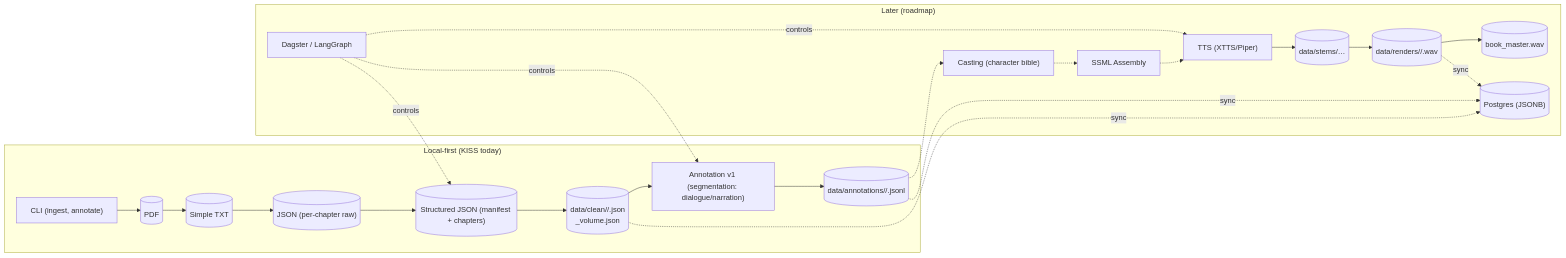
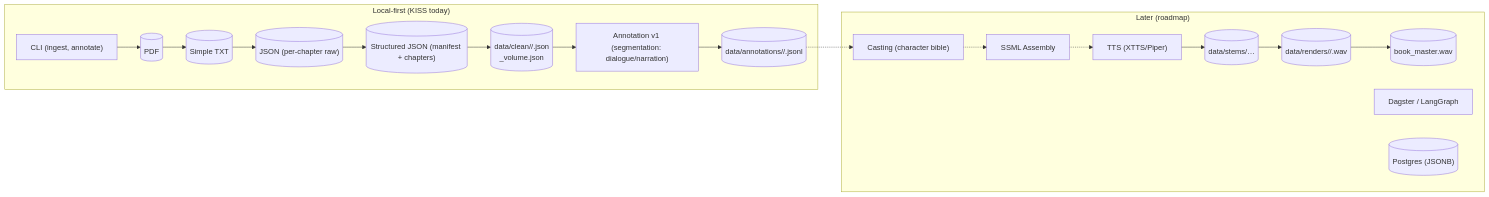
Before and after one commit to jwardwell7077/agent-audiobook-maker: the diagram in README.md, drawn with Mermaid. The commit also changed other lines of this file and 112 other files, not shown here.

Commit message:
KISS: purge two-agent language from primary docs; update LangFlow guides; add CI + smoke tests; project templates/policy; neutralize banners/scripts. Minor lint fixes and diagram cleanups.

````diff
--- a/README.md
+++ b/README.md
@@ -45,36 +40,29 @@
 ```mermaid
 flowchart LR
   subgraph Dev["Local-first (KISS today)"]
     CLI["CLI (ingest, annotate)"]
     PDF[("PDF")]
     TXT[("Simple TXT")]
     JSONRaw[("JSON (per-chapter raw)")]
     JSONStruct[("Structured JSON (manifest + chapters)")]
     Annot["Annotation v1 (segmentation: dialogue/narration)"]
   Artifacts[("data/clean/<book>/<chapter>.json\n<pdf_stem>_volume.json")]
     Annos[("data/annotations/<book>/<chapter>.jsonl")]
   end
 
   CLI --> PDF --> TXT --> JSONRaw --> JSONStruct --> Artifacts
   Artifacts --> Annot --> Annos
 
   subgraph Later["Later (roadmap)"]
     Casting["Casting (character bible)"]
     SSML["SSML Assembly"]
     TTS["TTS (XTTS/Piper)"]
     Stems[("data/stems/…")]
     Renders[("data/renders/<book>/<chapter>.wav")]
     Master[("book_master.wav")]
     Orchestrator["Dagster / LangGraph"]
     DB[("Postgres (JSONB)")]
   end
 
   Annos -.-> Casting -.-> SSML -.-> TTS --> Stems --> Renders --> Master
-  Orchestrator -.controls.-> JSONStruct
-  Orchestrator -.controls.-> Annot
-  Orchestrator -.controls.-> TTS
-
-  Artifacts -.sync.-> DB
-  Annos -.sync.-> DB
-  Renders -.sync.-> DB
 ```
````
